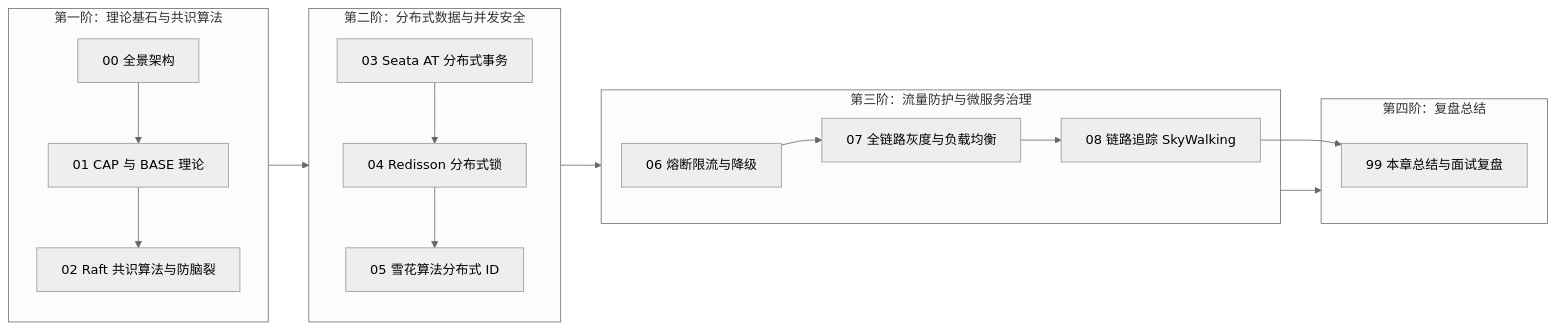
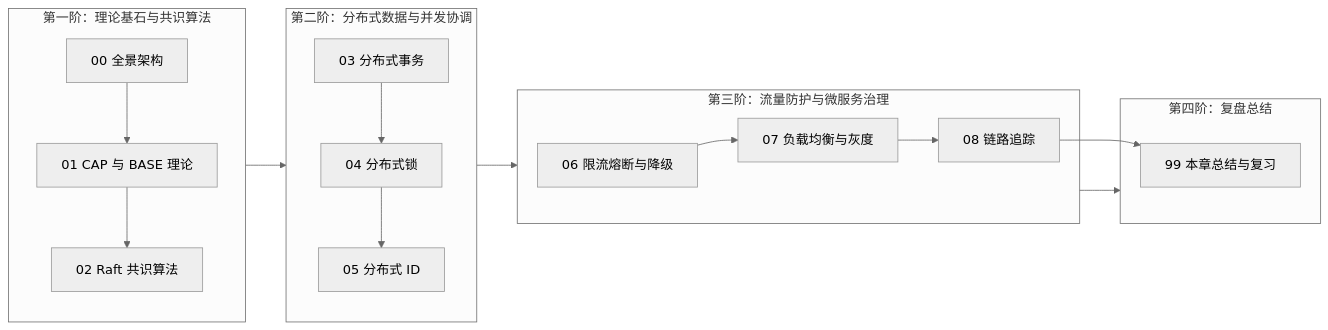
One commit to GuoWWWX/knowledge-base changed the diagram in 20-Java后端/07-分布式与微服务/_index.md. Above: the diagram before and after it, drawn with Mermaid (neutral theme). The commit also changed other lines of this file and 251 other files, not shown here.

````diff
--- a/20-Java后端/07-分布式与微服务/_index.md
+++ b/20-Java后端/07-分布式与微服务/_index.md
@@ -32,23 +32,23 @@
 ```mermaid
 flowchart LR
-    subgraph 阶梯1["第一阶：理论基石与共识算法"]
+    subgraph Stage1["第一阶：理论基石与共识算法"]
         M0["00 全景架构"] --> M1["01 CAP 与 BASE 理论"]
-        M1 --> M2["02 Raft 共识算法与防脑裂"]
+        M1 --> M2["02 Raft 共识算法"]
     end
 
-    subgraph 阶梯2["第二阶：分布式数据与并发安全"]
-        M3["03 Seata AT 分布式事务"] --> M4["04 Redisson 分布式锁"]
-        M4 --> M5["05 雪花算法分布式 ID"]
+    subgraph Stage2["第二阶：分布式数据与并发协调"]
+        M3["03 分布式事务"] --> M4["04 分布式锁"]
+        M4 --> M5["05 分布式 ID"]
     end
 
-    subgraph 阶梯3["第三阶：流量防护与微服务治理"]
-        M6["06 熔断限流与降级"] --> M7["07 全链路灰度与负载均衡"]
-        M7 --> M8["08 链路追踪 SkyWalking"]
+    subgraph Stage3["第三阶：流量防护与微服务治理"]
+        M6["06 限流熔断与降级"] --> M7["07 负载均衡与灰度"]
+        M7 --> M8["08 链路追踪"]
     end
 
-    subgraph 阶梯4["第四阶：复盘总结"]
-        M8 --> M99["99 本章总结与面试复盘"]
+    subgraph Stage4["第四阶：复盘总结"]
+        M8 --> M99["99 本章总结与复习"]
     end
 
-    阶梯1 --> 阶梯2 --> 阶梯3 --> 阶梯4
+    Stage1 --> Stage2 --> Stage3 --> Stage4
 ```
````
